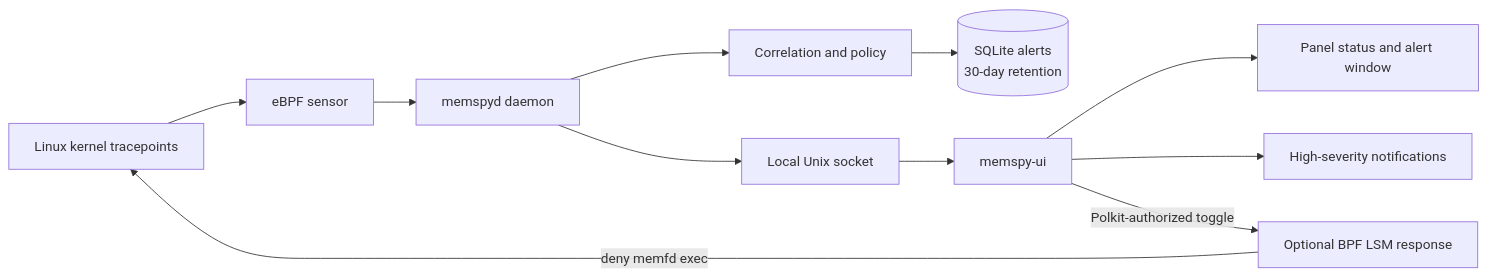
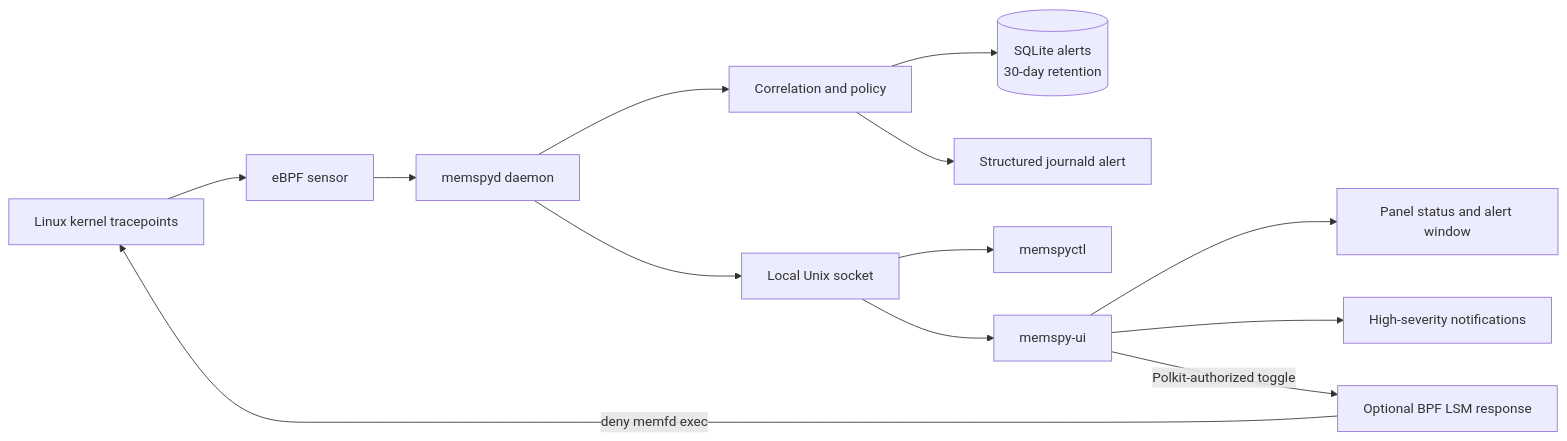
The diagram in README.md (MrN1gativ3/MemSpy), drawn with Mermaid before and after one commit. The commit also changed other lines of this file and 59 other files, not shown here.

````diff
--- a/README.md
+++ b/README.md
@@ -38,13 +41,15 @@
 ```mermaid
 flowchart LR
     K[Linux kernel tracepoints] --> B[eBPF sensor]
     B --> D[memspyd daemon]
     D --> P[Correlation and policy]
     P --> S[(SQLite alerts<br/>30-day retention)]
+    P --> J[Structured journald alert]
     D --> A[Local Unix socket]
+    A --> C[memspyctl]
     A --> U[memspy-ui]
     U --> I[Panel status and alert window]
     U --> N[High-severity notifications]
     U -->|Polkit-authorized toggle| R[Optional BPF LSM response]
     R -->|deny memfd exec| K
 ```
````
